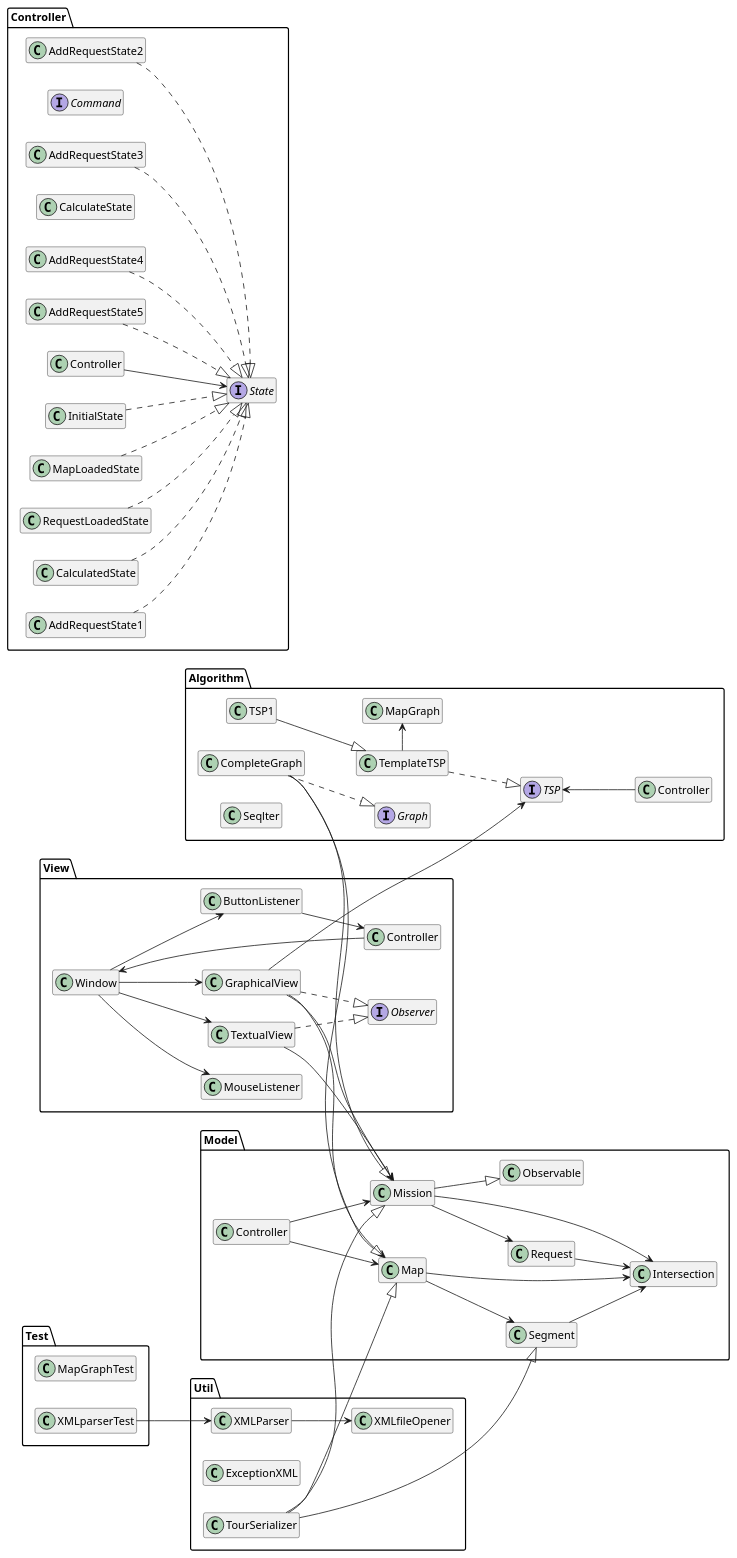
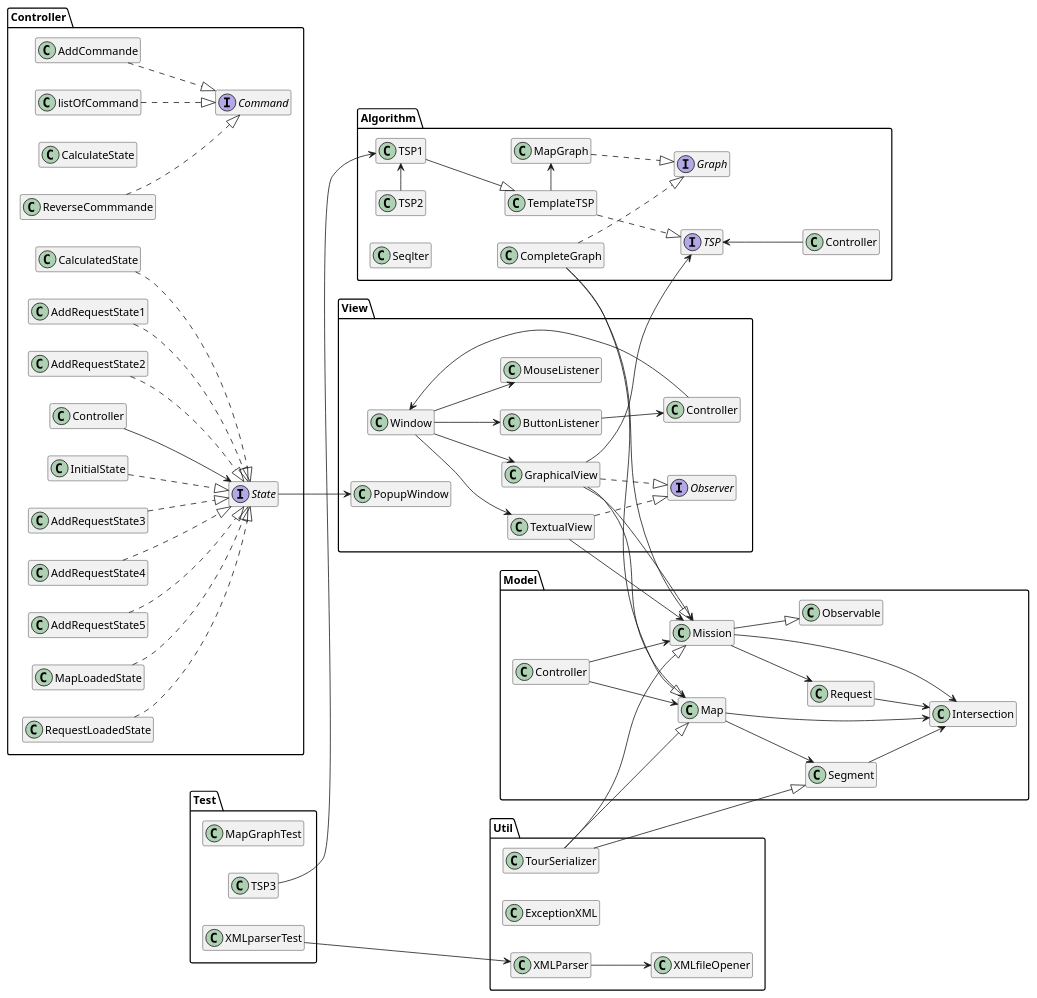
Before and after one commit to Karlenkko/Agile-OnErrand: the diagram in src/documentation/PackageDiagram.puml, drawn with PlantUML.

Commit message:
doc(Packagediagramme):final version of PackageDiagram.puml

```diff
--- a/src/documentation/PackageDiagram.puml
+++ b/src/documentation/PackageDiagram.puml
@@ -1,117 +1,129 @@
 @startuml
 
 hide members
 left to right direction
 Package Controller{
     class Controller
 
     interface Command
     class InitialState
     class CalculateState
     class MapLoadedState
     class RequestLoadedState
+    class listOfCommand
+    class ReverseCommmande
+    class AddCommande
 
     interface State
     Controller --> State
     InitialState ..|> State
     CalculatedState ..|> State
     MapLoadedState ..|> State
     RequestLoadedState ..|> State
     AddRequestState1..|> State
     AddRequestState2..|> State
     AddRequestState3..|> State
     AddRequestState4..|> State
     AddRequestState5..|> State
+
+    listOfCommand ..|> Command
+    ReverseCommmande ..|> Command
+    AddCommande ..|> Command
 }
 Package Util{
     class XMLParser
     class XMLfileOpener
     class ExceptionXML
     class TourSerializer
 
 
     XMLParser --> XMLfileOpener
 
 }
 Package Algorithm{
     interface TSP
     class TSP1
+    class TSP2
     class TemplateTSP
     interface Graph
     class CompleteGraph
     class MapGraph
     class Seqlter
 
 
-
+    TSP2 -> TSP1
     TemplateTSP -> MapGraph
     Controller -up-> TSP
     TSP1 --|> TemplateTSP
     TemplateTSP ..|> TSP
     CompleteGraph..|> Graph
+    MapGraph..|> Graph
 
 }
 Package Model{
     class Intersection
     class Map
     class Mission
     class Request
     class Segment
     class Observable
 
     CompleteGraph --|> Mission
     CompleteGraph --|> Map
     Mission --|> Observable
     TourSerializer --|> Map
     TourSerializer --|> Mission
     TourSerializer --|> Segment
 
     Map --> Intersection
     Map --> Segment
     Controller --> Map
 
     Controller --> Mission
     Mission --> Intersection
     Mission --> Request
 
     Request --> Intersection
     Segment --> Intersection
 
 }
 Package Test{
     class MapGraphTest
     class XMLparserTest
+    class TSP3
 
+    TSP3 --> TSP1
     XMLparserTest --> XMLParser
 }
 Package View{
     class Window
     class TextualView
     class GraphicalView
     class ButtonListener
     class MouseListener
     interface Observer
+    class PopupWindow
 
     TextualView ..|> Observer
     GraphicalView ..|> Observer
-
+    State --> PopupWindow
     Controller --> Window
     Window --> TextualView
     Window --> GraphicalView
     Window --> ButtonListener
     Window --> MouseListener
 
     TextualView --> Mission
 
     GraphicalView --> Map
     GraphicalView --> Mission
     GraphicalView --> TSP
 
     ButtonListener --> Controller
 
 }
 
 
 
 
 @enduml
```
